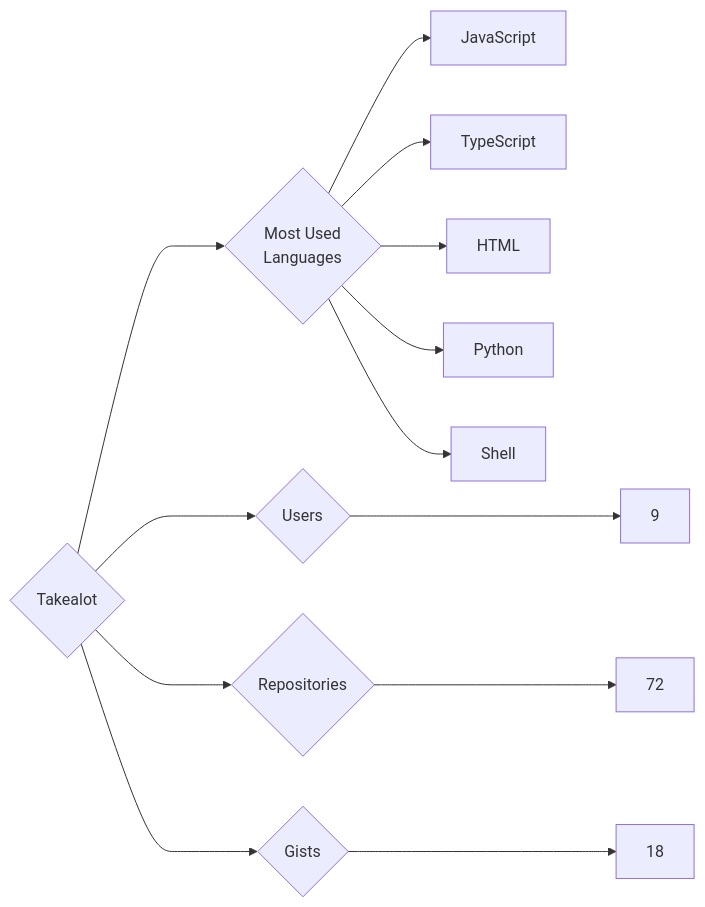
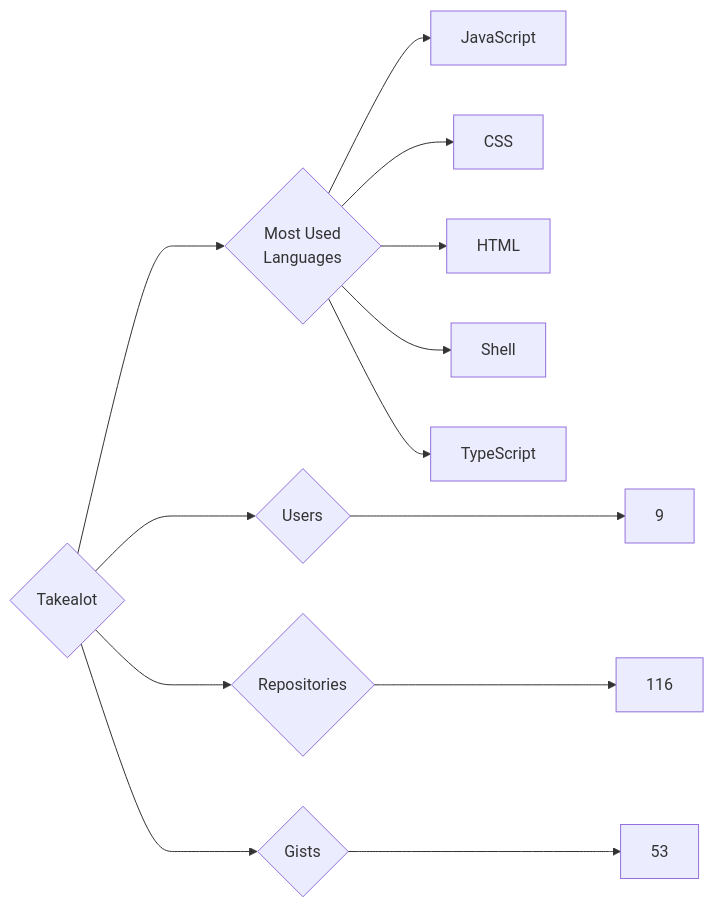
The diagram in targets/Takealot/README.md (trickest/insiders), drawn with Mermaid before and after one commit. The commit also changed 839 other files, not shown here.

````diff
--- a/targets/Takealot/README.md
+++ b/targets/Takealot/README.md
@@ -3,13 +3,13 @@
 ```mermaid
 graph LR
 COMPANY_NAME{Takealot}
 COMPANY_NAME ---> U{Users} ---> UN[9]
-COMPANY_NAME ---> R{Repositories} ---> RN[72]
-COMPANY_NAME ---> G{Gists} ---> GN[18]
+COMPANY_NAME ---> R{Repositories} ---> RN[116]
+COMPANY_NAME ---> G{Gists} ---> GN[53]
 COMPANY_NAME ---> ML{Most Used<br>Languages}
 ML --> JavaScript[JavaScript]
+ML --> CSS[CSS]
+ML --> HTML[HTML]
+ML --> Shell[Shell]
 ML --> TypeScript[TypeScript]
-ML --> HTML[HTML]
-ML --> Python[Python]
-ML --> Shell[Shell]
 ```
````
